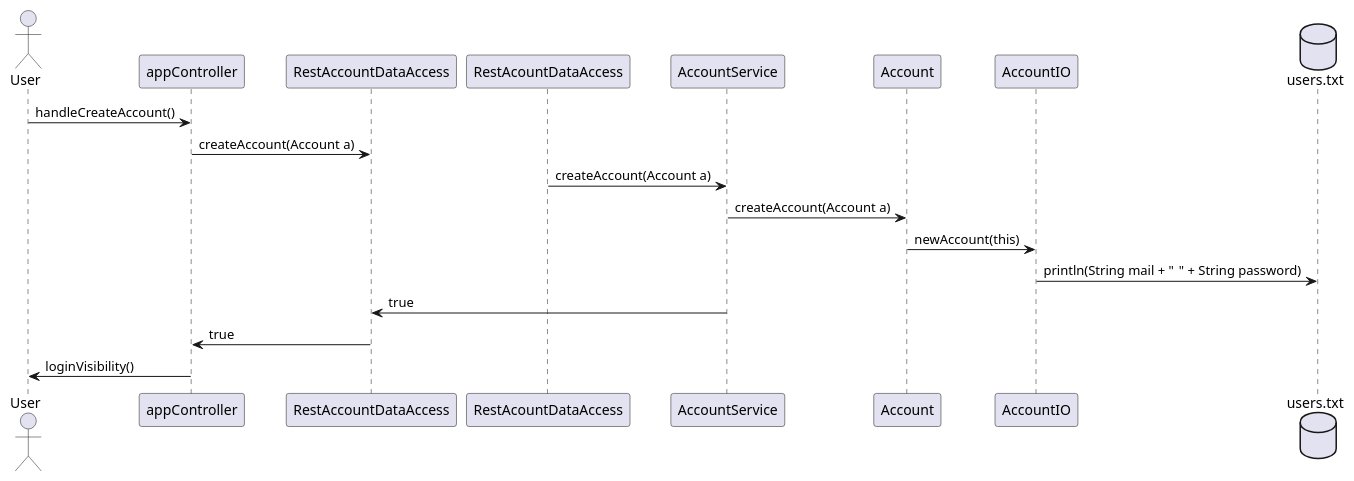
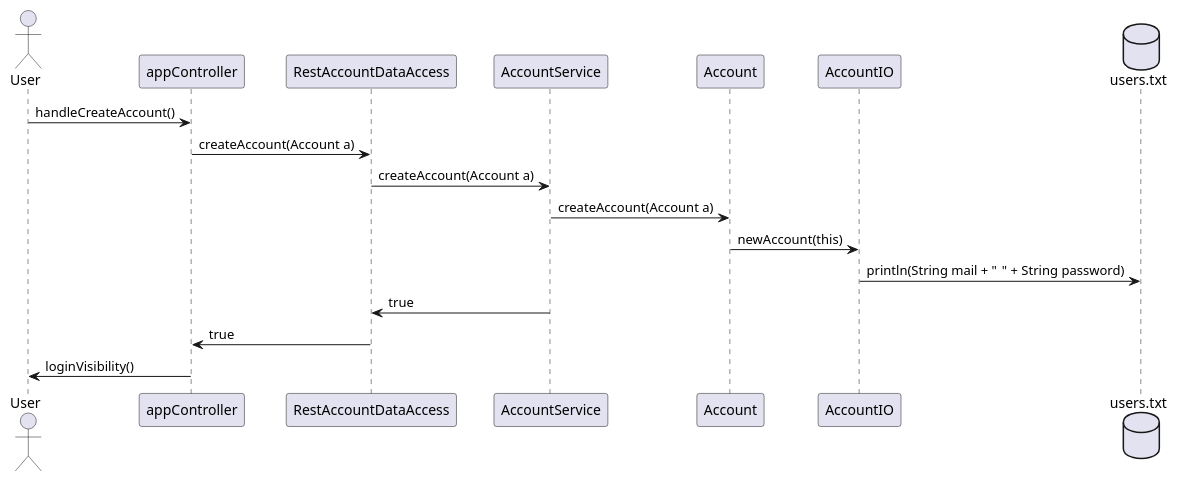
Before and after one commit to ErlendMariusOmmundsen/Messaging-App: the second of 2 diagrams in project/readme.md, drawn with PlantUML.

Commit message:
#35 fixed typo
fixed typo that caused the RestAccountDataAccess to have two lines.

````diff
--- a/project/readme.md
+++ b/project/readme.md
@@ -159,19 +159,19 @@
 ```plantuml
 
 actor User
 
 
 
 User -> appController: handleCreateAccount()
 appController -> RestAccountDataAccess: createAccount(Account a)
-RestAcountDataAccess -> AccountService: createAccount(Account a)
+RestAccountDataAccess -> AccountService: createAccount(Account a)
 AccountService -> Account: createAccount(Account a)
 Account -> AccountIO: newAccount(this)
 database users.txt
 AccountIO -> users.txt: println(String mail + "\t" + String password)
 AccountService -> RestAccountDataAccess: true
 RestAccountDataAccess -> appController: true
 appController -> User: loginVisibility()
 
 
 ```
````
